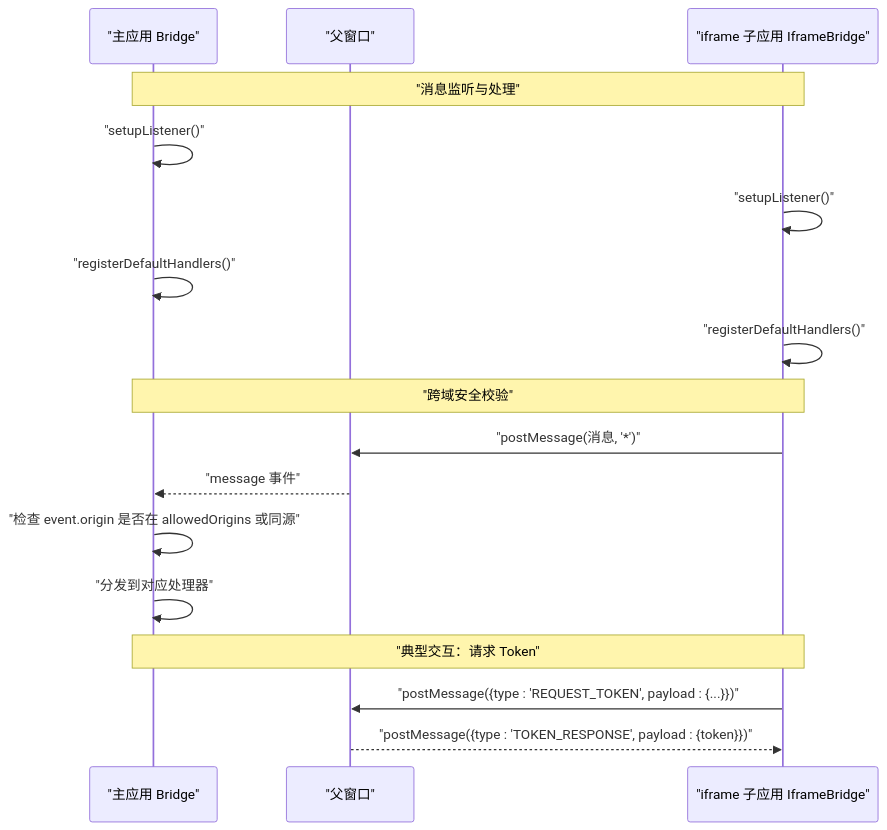
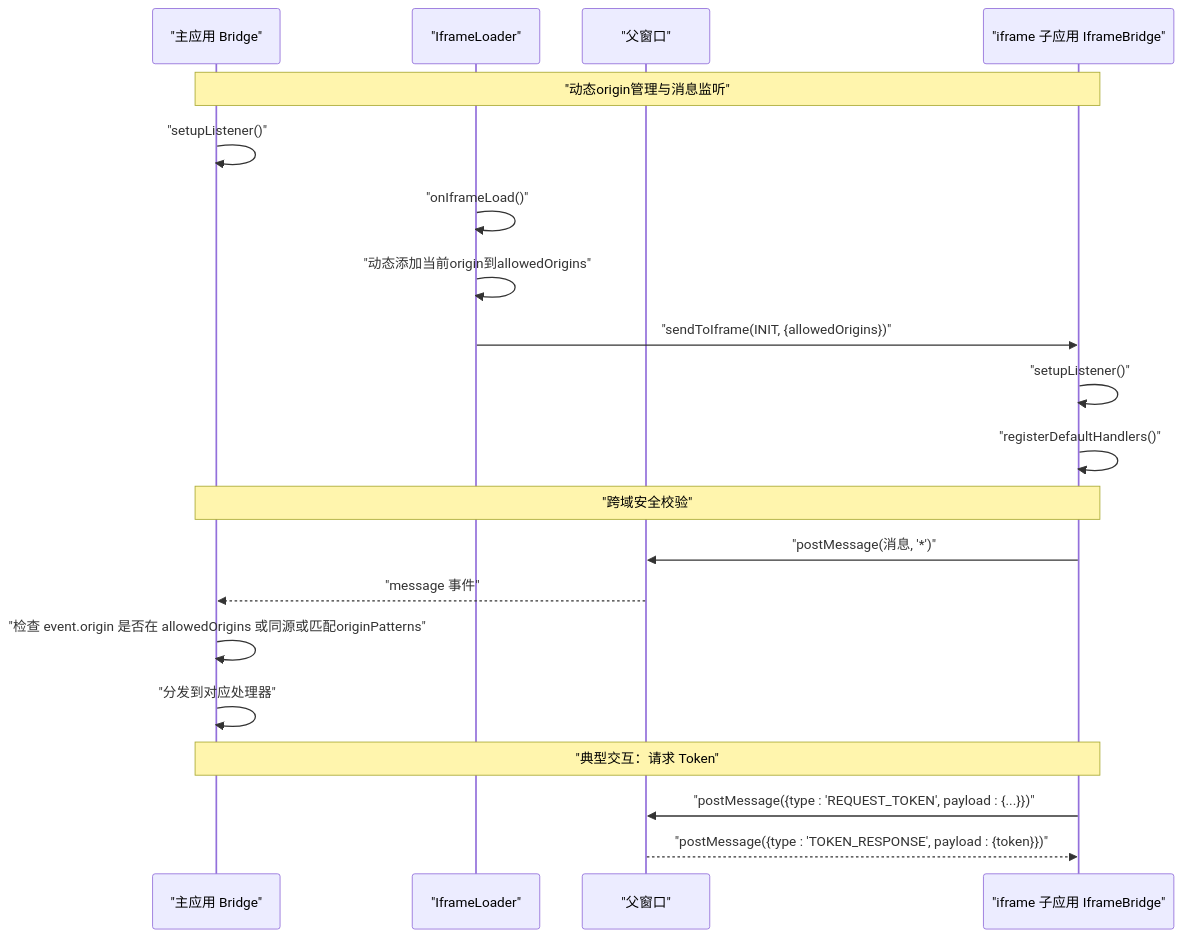
Before and after one commit to my-Sitara/artisan-base-frontend: the second of 9 diagrams in .qoder/repowiki/zh/content/API参考/通信桥API.md, drawn with Mermaid. The commit also changed other lines of this file and 25 other files, not shown here.

````diff
--- a/.qoder/repowiki/zh/content/API参考/通信桥API.md
+++ b/.qoder/repowiki/zh/content/API参考/通信桥API.md
@@ -76,19 +89,22 @@
 ```mermaid
 sequenceDiagram
 participant Main as "主应用 Bridge"
+participant Loader as "IframeLoader"
 participant Parent as "父窗口"
 participant Child as "iframe 子应用 IframeBridge"
-Note over Main,Child : "消息监听与处理"
+Note over Main,Child : "动态origin管理与消息监听"
 Main->>Main : "setupListener()"
+Loader->>Loader : "onIframeLoad()"
+Loader->>Loader : "动态添加当前origin到allowedOrigins"
+Loader->>Child : "sendToIframe(INIT, {allowedOrigins})"
 Child->>Child : "setupListener()"
-Main->>Main : "registerDefaultHandlers()"
 Child->>Child : "registerDefaultHandlers()"
 Note over Main,Child : "跨域安全校验"
 Child->>Parent : "postMessage(消息, '*')"
 Parent-->>Main : "message 事件"
-Main->>Main : "检查 event.origin 是否在 allowedOrigins 或同源"
+Main->>Main : "检查 event.origin 是否在 allowedOrigins 或同源或匹配originPatterns"
 Main->>Main : "分发到对应处理器"
 Note over Main,Child : "典型交互：请求 Token"
 Child->>Parent : "postMessage({type : 'REQUEST_TOKEN', payload : {...}})"
 Parent-->>Child : "postMessage({type : 'TOKEN_RESPONSE', payload : {token}})"
 ```
````
